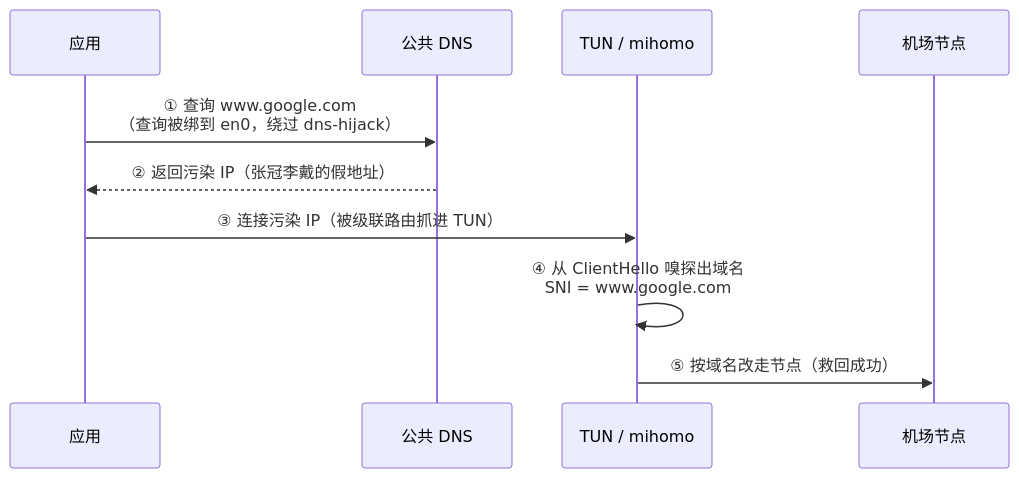
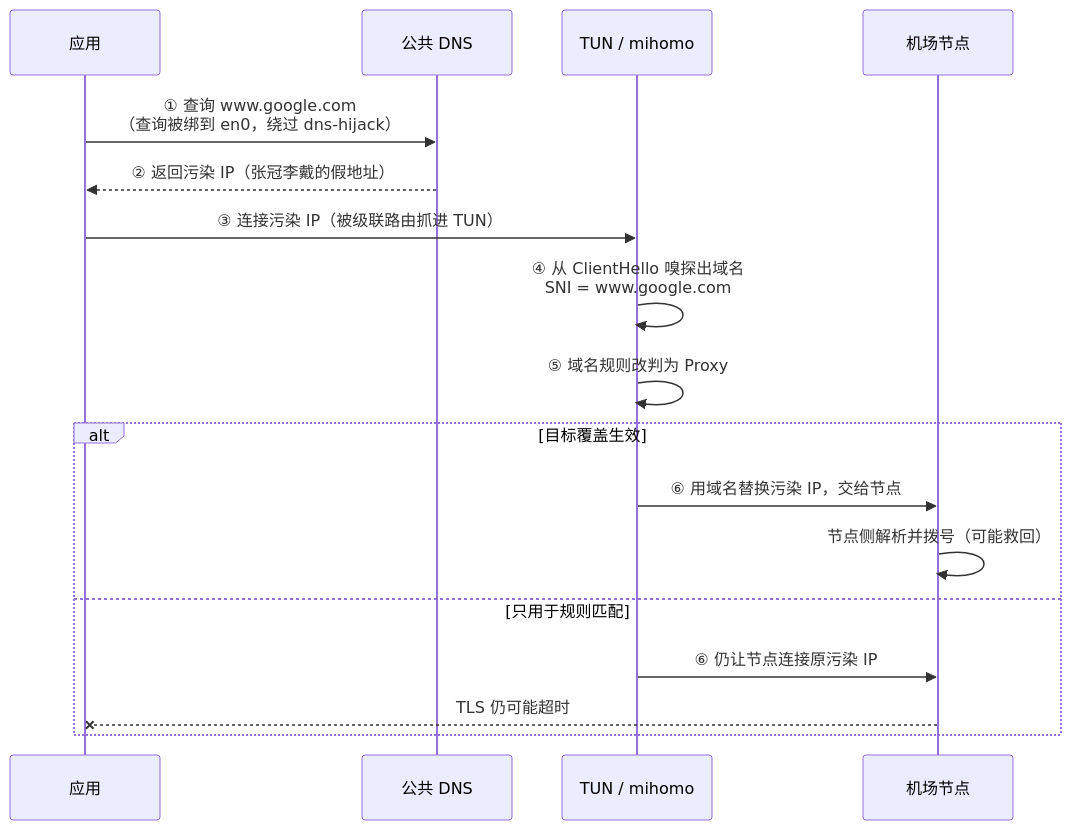
Before and after one commit to puppylpg/puppylpg.github.io: diagram 11 of 17 in _posts/2026-08-09-tun-proxy-dns-chain.md, drawn with Mermaid. The commit also changed other lines of this file and 1 other file, not shown here.

Commit message:
docs: clarify TUN proxy and VPN coexistence

````diff
--- a/_posts/2026-08-09-tun-proxy-dns-chain.md
+++ b/_posts/2026-08-09-tun-proxy-dns-chain.md
@@ -379,12 +467,19 @@
 ```mermaid
 sequenceDiagram
     participant A as 应用
     participant P as 公共 DNS
     participant T as TUN / mihomo
     participant N as 机场节点
     A->>P: ① 查询 www.google.com<br>（查询被绑到 en0，绕过 dns-hijack）
     P-->>A: ② 返回污染 IP（张冠李戴的假地址）
     A->>T: ③ 连接污染 IP（被级联路由抓进 TUN）
     T->>T: ④ 从 ClientHello 嗅探出域名<br>SNI = www.google.com
-    T->>N: ⑤ 按域名改走节点（救回成功）
+    T->>T: ⑤ 域名规则改判为 Proxy
+    alt 目标覆盖生效
+        T->>N: ⑥ 用域名替换污染 IP，交给节点
+        N->>N: 节点侧解析并拨号（可能救回）
+    else 只用于规则匹配
+        T->>N: ⑥ 仍让节点连接原污染 IP
+        N--xA: TLS 仍可能超时
+    end
 ```
````
